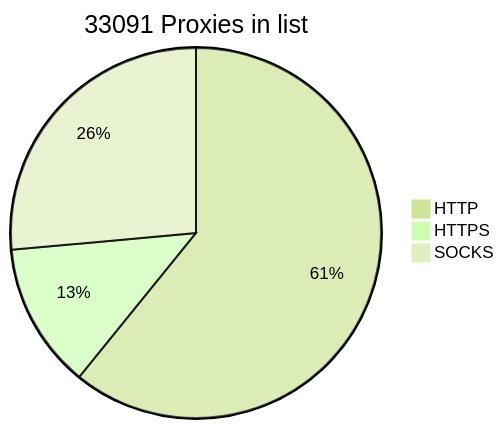
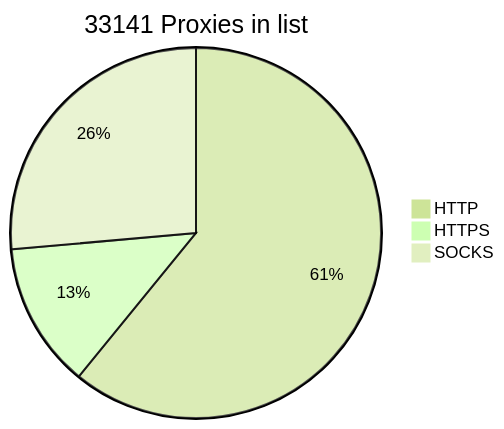
One commit to BlackSnowDot/proxylist-update-every-minute changed the diagram in README.md. Above: the diagram before and after it, drawn with Mermaid (forest theme).

````diff
--- a/README.md
+++ b/README.md
@@ -2,6 +2,6 @@
 ```mermaid
-pie title 33091 Proxies in list
-    "HTTP" : 22289
+pie title 33141 Proxies in list
+    "HTTP" : 22339
     "HTTPS": 4656
     "SOCKS" : 9687
 ```
````
